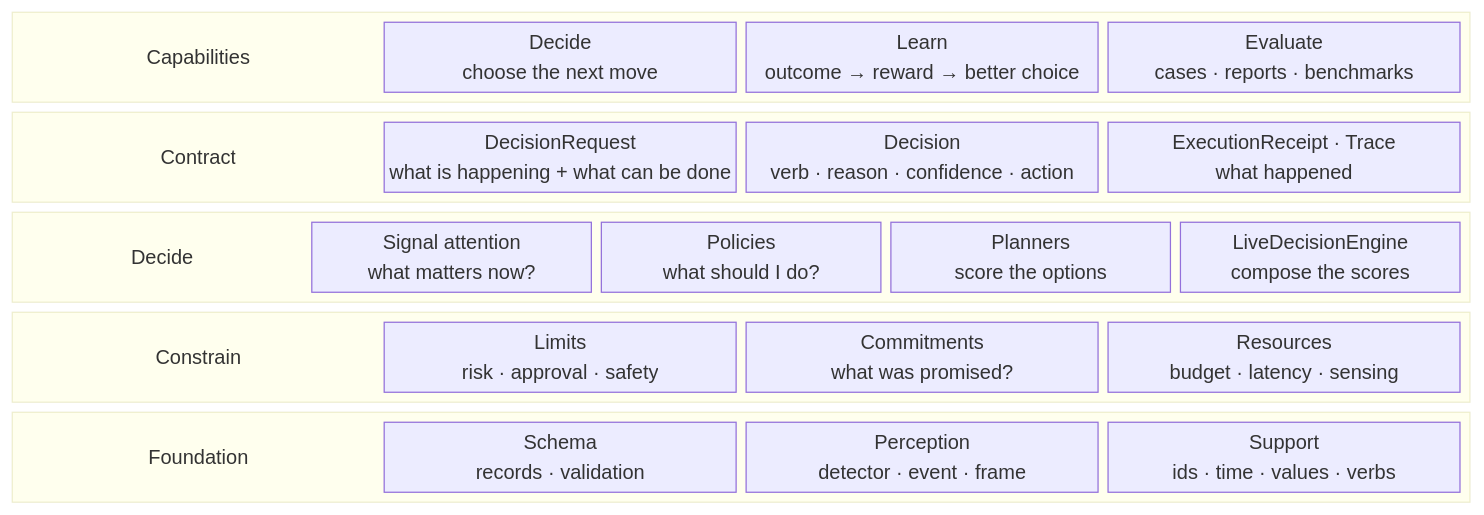
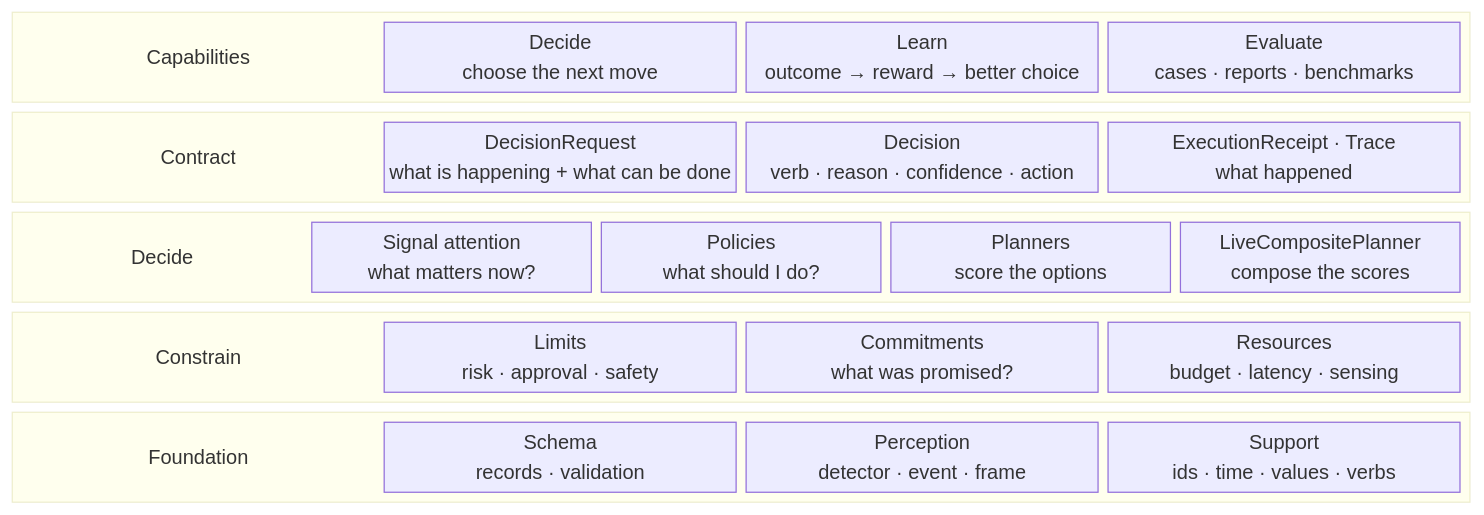
Before and after one commit to michaelatamuk/laix: the diagram in docs/02-core/README.md, drawn with Mermaid. The commit also changed other lines of this file and 339 other files, not shown here.

````diff
--- a/docs/02-core/README.md
+++ b/docs/02-core/README.md
@@ -93,51 +93,51 @@
 ```mermaid
 block-beta
     columns 1
 
     block:capabilities
         columns 4
         capabilities_label["Capabilities"]
         decide["Decide<br/>choose the next move"]
         learn["Learn<br/>outcome → reward → better choice"]
         evaluate["Evaluate<br/>cases · reports · benchmarks"]
     end
 
     block:contract
         columns 4
         contract_label["Contract"]
         request["DecisionRequest<br/>what is happening + what can be done"]
         response["Decision<br/>verb · reason · confidence · action"]
         trail["ExecutionReceipt · Trace<br/>what happened"]
     end
 
     block:decide_layer
         columns 5
         decide_label["Decide"]
         attention["Signal attention<br/>what matters now?"]
         policies["Policies<br/>what should I do?"]
         planners["Planners<br/>score the options"]
-        engine["LiveDecisionEngine<br/>compose the scores"]
+        composite["LiveCompositePlanner<br/>compose the scores"]
     end
 
     block:constrain_layer
         columns 4
         constrain_label["Constrain"]
         limits["Limits<br/>risk · approval · safety"]
         commitments["Commitments<br/>what was promised?"]
         resources["Resources<br/>budget · latency · sensing"]
     end
 
     block:foundation
         columns 4
         foundation_label["Foundation"]
         schema["Schema<br/>records · validation"]
         perception["Perception<br/>detector · event · frame"]
         support["Support<br/>ids · time · values · verbs"]
     end
 
     style capabilities_label fill:transparent,stroke:transparent,font-size:22px,font-weight:bold
     style contract_label fill:transparent,stroke:transparent,font-size:14px,font-weight:bold
     style decide_label fill:transparent,stroke:transparent,font-weight:bold
     style constrain_label fill:transparent,stroke:transparent,font-weight:bold
     style foundation_label fill:transparent,stroke:transparent,font-weight:bold
 ```
````
